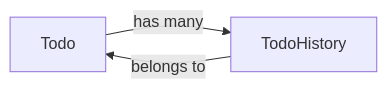
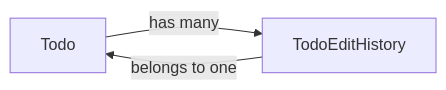
One commit to wrtnlabs/autobe-examples changed the fourth of 8 diagrams in openai/gpt-5.4-mini/todo/docs/analysis/02-domain-model.md. Above: the diagram before and after it, drawn with Mermaid. The commit also changed other lines of this file and 6645 other files, not shown here.

````diff
--- a/openai/gpt-5.4-mini/todo/docs/analysis/02-domain-model.md
+++ b/openai/gpt-5.4-mini/todo/docs/analysis/02-domain-model.md
@@ -195,5 +126,5 @@
 ```mermaid
 flowchart LR
-    A["Todo"] -->|"has many"| B["TodoHistory"]
-    B -->|"belongs to"| A
+    T["Todo"] -->|"has many"| H["TodoEditHistory"]
+    H -->|"belongs to one"| T
 ```
````
